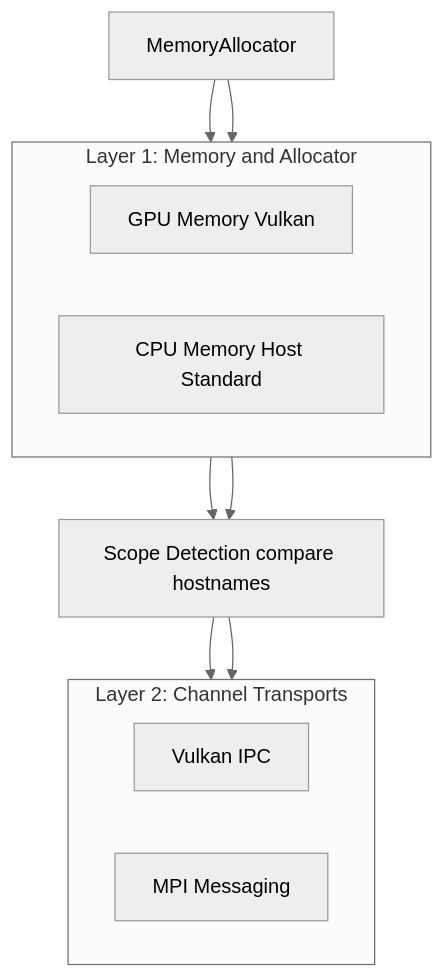
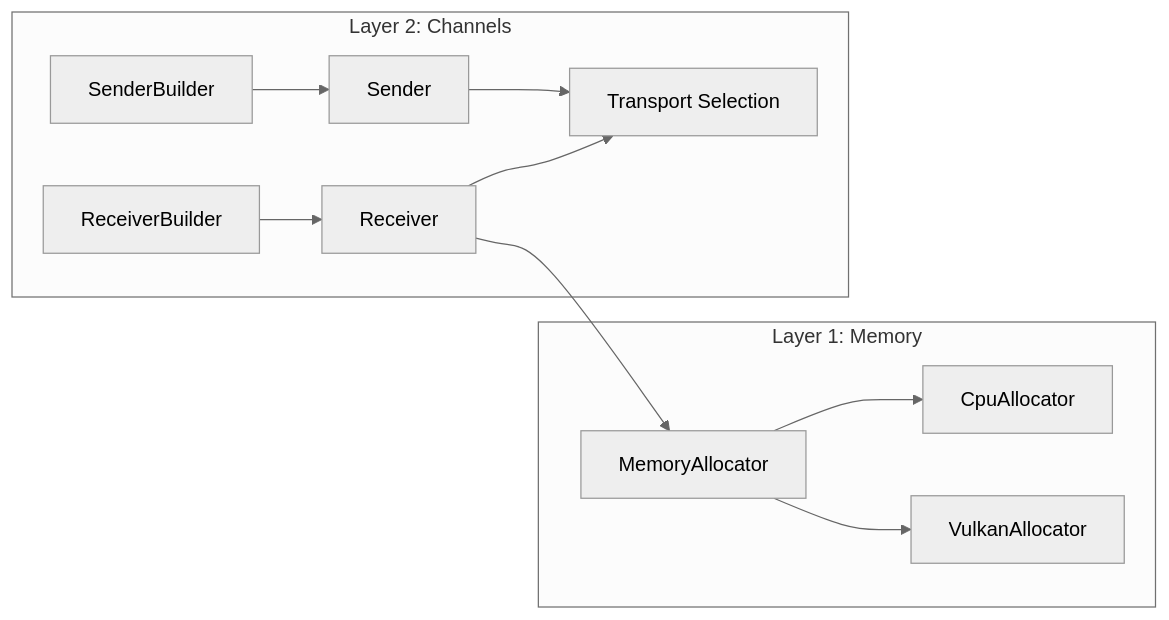
One commit to parsd/lava-flow changed the diagram in doc/spec/architecture.md. Above: the diagram before and after it, drawn with Mermaid (neutral theme). The commit also changed other lines of this file and 11 other files, not shown here.

````diff
--- a/doc/spec/architecture.md
+++ b/doc/spec/architecture.md
@@ -11,24 +15,24 @@
 ```mermaid
-flowchart TB
-  MA[MemoryAllocator]
-  SD[Scope Detection compare hostnames]
-
-  subgraph "Layer 1: Memory and Allocator"
-    direction LR
-    GPU[GPU Memory Vulkan]
-    CPU[CPU Memory Host Standard]
+flowchart LR
+  subgraph L1[Layer 1: Memory]
+    MA[MemoryAllocator]
+    CPU[CpuAllocator]
+    GPU[VulkanAllocator]
   end
 
-  subgraph "Layer 2: Channel Transports"
-    direction LR
-    VI[Vulkan IPC]
-    MPI[MPI Messaging]
+  subgraph L2[Layer 2: Channels]
+    SB[SenderBuilder]
+    RB[ReceiverBuilder]
+    TX[Sender]
+    RX[Receiver]
+    TR[Transport Selection]
   end
 
+  MA --> CPU
   MA --> GPU
-  MA --> CPU
-  GPU --> SD
-  CPU --> SD
-  SD --> VI
-  SD --> MPI
+  SB --> TX
+  RB --> RX
+  RX --> MA
+  TX --> TR
+  RX --> TR
 ```
````
